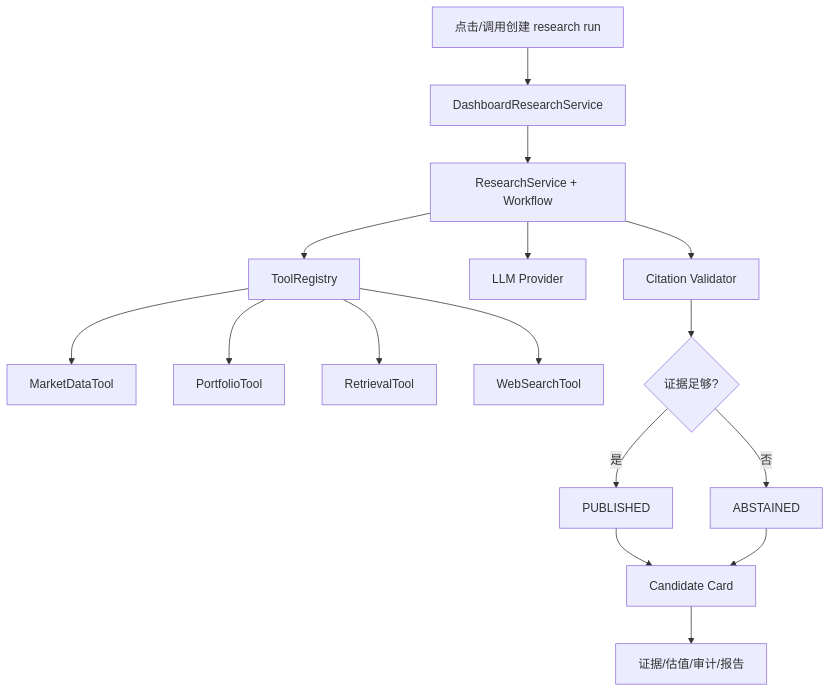
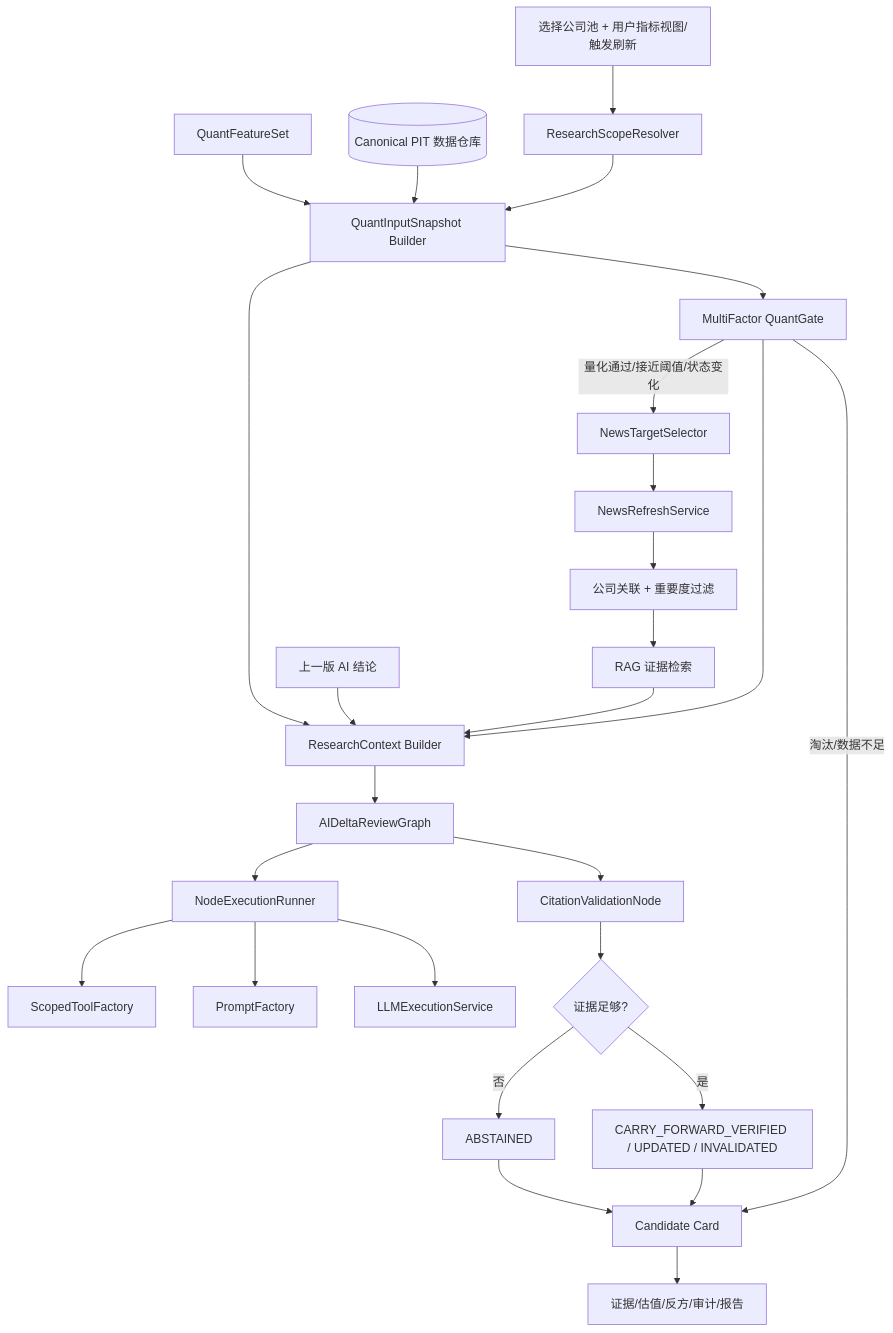
The fifth of 6 diagrams in docs/design/v0.2/product/Margin_产品设计_v0.2_中文.md (RickyW0529/Margin), drawn with Mermaid before and after one commit. The commit also changed other lines of this file and 469 other files, not shown here.

First line of the commit message:
fix(research,dashboard): repair deepseek-broken files; wire frontend↔backend through; refactor UI shell

````diff
--- a/docs/design/v0.2/product/Margin_产品设计_v0.2_中文.md
+++ b/docs/design/v0.2/product/Margin_产品设计_v0.2_中文.md
@@ -213,18 +365,29 @@
 ```mermaid
 flowchart TD
-    A[点击/调用创建 research run] --> B[DashboardResearchService]
-    B --> C[ResearchService + Workflow]
-    C --> D[ToolRegistry]
-    D --> D1[MarketDataTool]
-    D --> D2[PortfolioTool]
-    D --> D3[RetrievalTool]
-    D --> D4[WebSearchTool]
-    C --> E[LLM Provider]
-    C --> F[Citation Validator]
-    F --> G{证据足够?}
-    G -->|是| H[PUBLISHED]
+    A[选择公司池 + 用户指标视图/触发刷新] --> B[ResearchScopeResolver]
+    B --> QI[QuantInputSnapshot Builder]
+    W[(Canonical PIT 数据仓库)] --> QI
+    F[QuantFeatureSet] --> QI
+    QI --> Q[MultiFactor QuantGate]
+    Q -->|量化通过/接近阈值/状态变化| T[NewsTargetSelector]
+    T --> N[NewsRefreshService]
+    N --> M[公司关联 + 重要度过滤]
+    M --> RAG[RAG 证据检索]
+    Q --> RC[ResearchContext Builder]
+    RAG --> RC
+    P[上一版 AI 结论] --> RC
+    QI --> RC
+    RC --> C[AIDeltaReviewGraph]
+    Q -->|淘汰/数据不足| J[Company Row + Reason]
+    C --> D[NodeExecutionRunner]
+    D --> TF[ScopedToolFactory]
+    D --> PF[PromptFactory]
+    D --> LLM[LLMExecutionService]
+    C --> CV[CitationValidationNode]
+    CV --> G{证据足够?}
+    G -->|是| H[CARRY_FORWARD_VERIFIED / UPDATED / INVALIDATED]
     G -->|否| I[ABSTAINED]
     H --> J[Candidate Card]
     I --> J
-    J --> K[证据/估值/审计/报告]
+    J --> K[证据/估值/反方/审计/报告]
 ```
````
